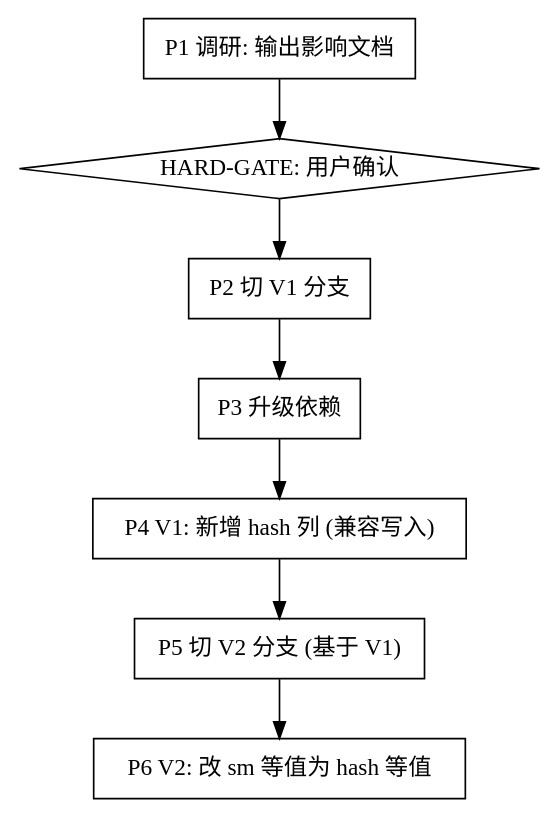
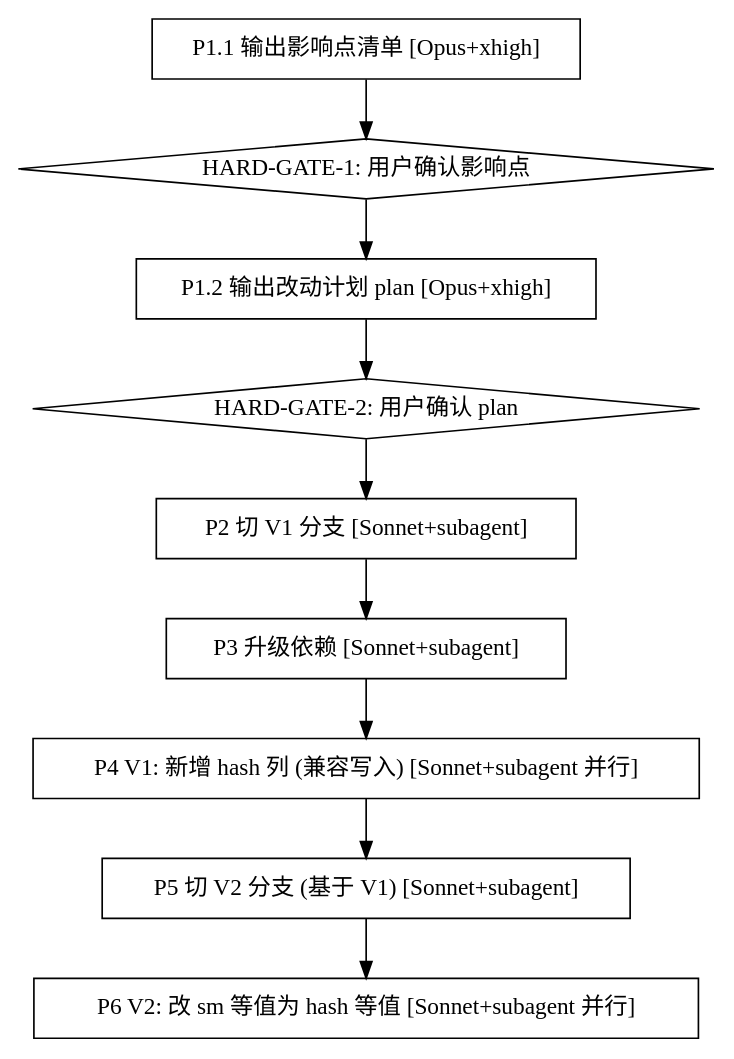
One commit to hayeslin1/sxf-pci changed the diagram in skills/pci-sm-to-hash-migration/SKILL.md. Above: the diagram before and after it, drawn with Graphviz. The commit also changed other lines of this file, not shown here.

````diff
--- a/skills/pci-sm-to-hash-migration/SKILL.md
+++ b/skills/pci-sm-to-hash-migration/SKILL.md
@@ -30,13 +30,15 @@
 ```dot
 digraph workflow {
-    "P1 调研: 输出影响文档" [shape=box];
-    "HARD-GATE: 用户确认" [shape=diamond];
-    "P2 切 V1 分支" [shape=box];
-    "P3 升级依赖" [shape=box];
-    "P4 V1: 新增 hash 列 (兼容写入)" [shape=box];
-    "P5 切 V2 分支 (基于 V1)" [shape=box];
-    "P6 V2: 改 sm 等值为 hash 等值" [shape=box];
+    "P1.1 输出影响点清单 [Opus+xhigh]" [shape=box];
+    "HARD-GATE-1: 用户确认影响点" [shape=diamond];
+    "P1.2 输出改动计划 plan [Opus+xhigh]" [shape=box];
+    "HARD-GATE-2: 用户确认 plan" [shape=diamond];
+    "P2 切 V1 分支 [Sonnet+subagent]" [shape=box];
+    "P3 升级依赖 [Sonnet+subagent]" [shape=box];
+    "P4 V1: 新增 hash 列 (兼容写入) [Sonnet+subagent 并行]" [shape=box];
+    "P5 切 V2 分支 (基于 V1) [Sonnet+subagent]" [shape=box];
+    "P6 V2: 改 sm 等值为 hash 等值 [Sonnet+subagent 并行]" [shape=box];
 
-    "P1 调研: 输出影响文档" -> "HARD-GATE: 用户确认" -> "P2 切 V1 分支" -> "P3 升级依赖" -> "P4 V1: 新增 hash 列 (兼容写入)" -> "P5 切 V2 分支 (基于 V1)" -> "P6 V2: 改 sm 等值为 hash 等值";
+    "P1.1 输出影响点清单 [Opus+xhigh]" -> "HARD-GATE-1: 用户确认影响点" -> "P1.2 输出改动计划 plan [Opus+xhigh]" -> "HARD-GATE-2: 用户确认 plan" -> "P2 切 V1 分支 [Sonnet+subagent]" -> "P3 升级依赖 [Sonnet+subagent]" -> "P4 V1: 新增 hash 列 (兼容写入) [Sonnet+subagent 并行]" -> "P5 切 V2 分支 (基于 V1) [Sonnet+subagent]" -> "P6 V2: 改 sm 等值为 hash 等值 [Sonnet+subagent 并行]";
 }
 ```
````
